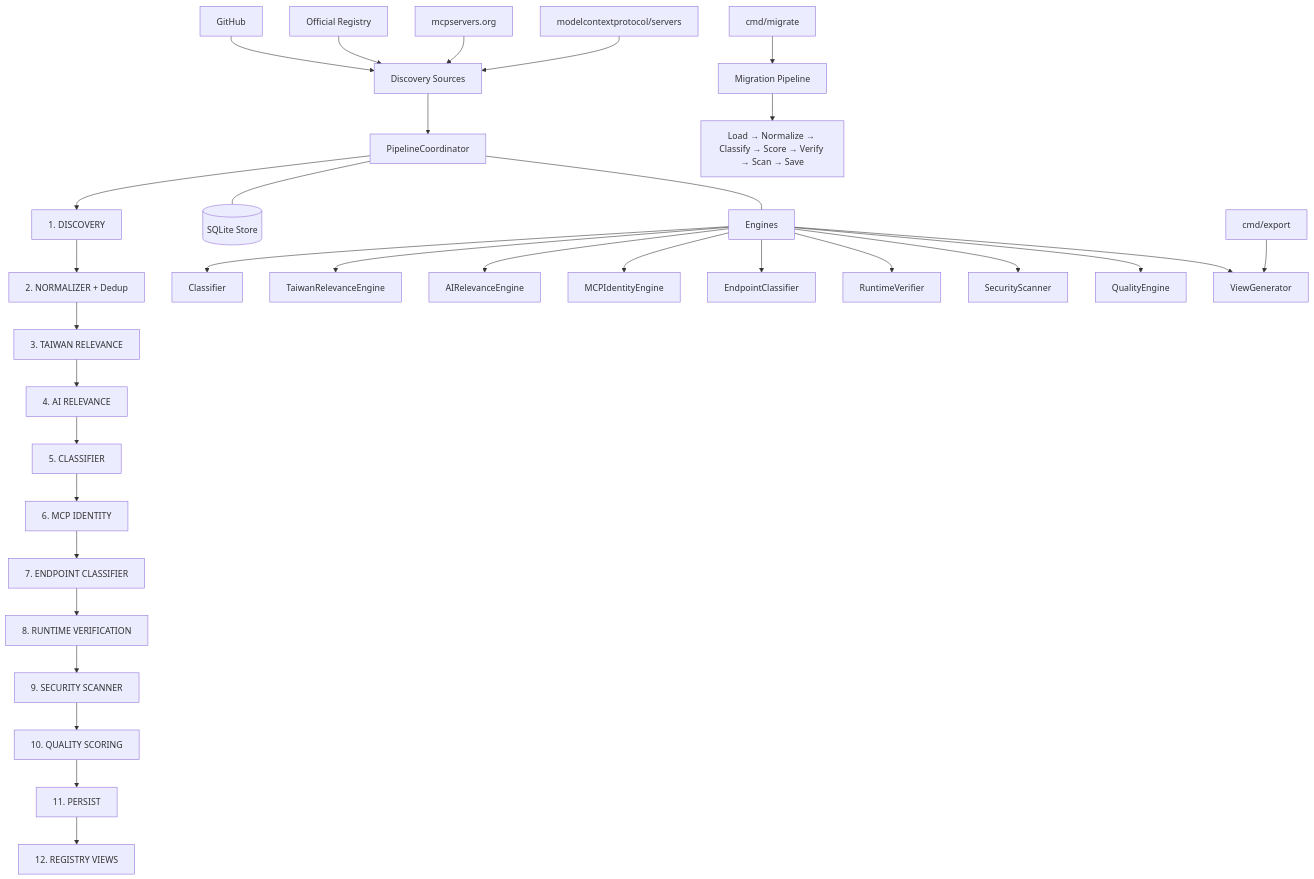
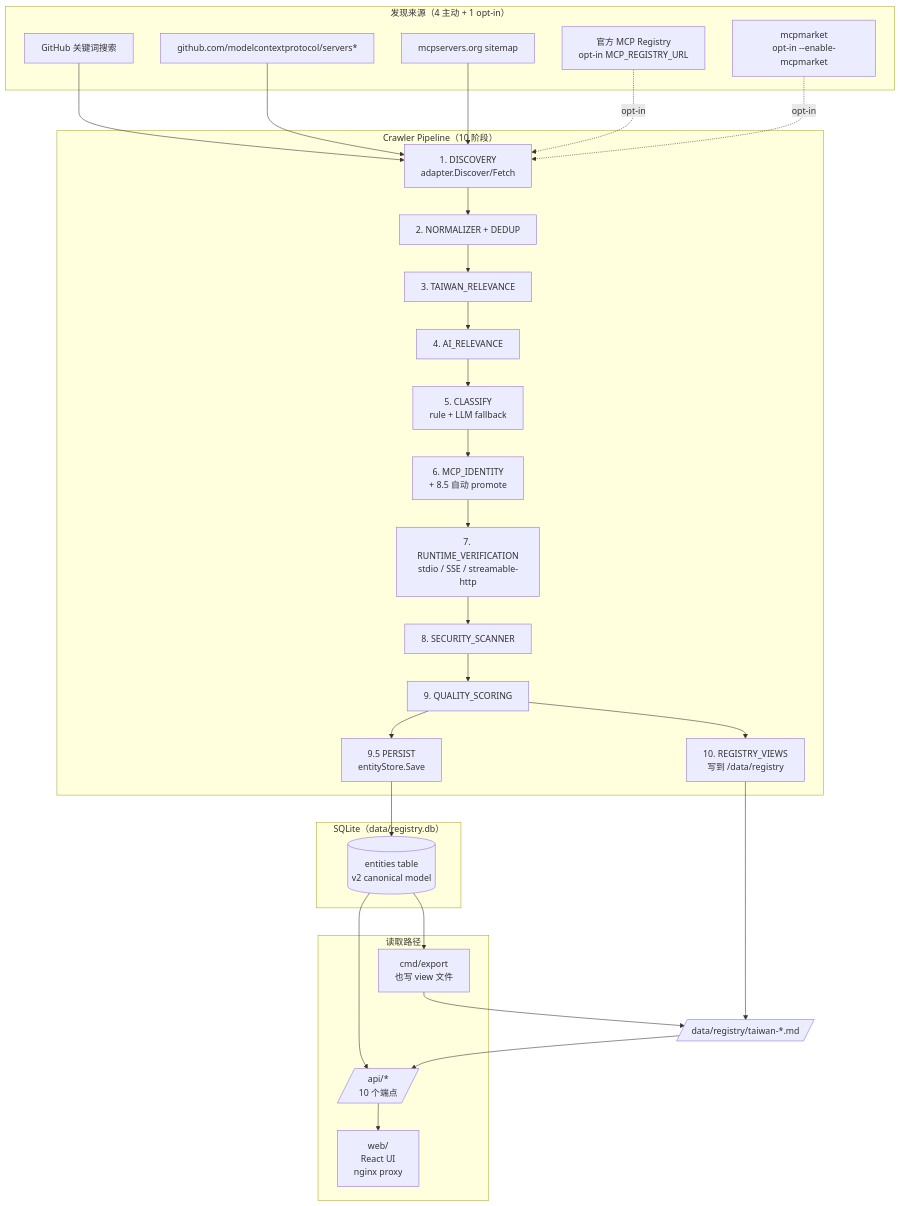
Before and after one commit to gentoobreaking/awesome-taiwan-ai-ecosystem: the diagram in README.zh-CN.md, drawn with Mermaid. The commit also changed other lines of this file and 13 other files, not shown here.

````diff
--- a/README.zh-CN.md
+++ b/README.zh-CN.md
@@ -70,38 +40,51 @@
 ```mermaid
-graph TD
-    A[Discovery Sources] --> B[PipelineCoordinator]
-    B --> C["1. DISCOVERY"]
-    C --> D["2. NORMALIZER + Dedup"]
-    D --> E["3. TAIWAN RELEVANCE"]
-    E --> F["4. AI RELEVANCE"]
-    F --> G["5. CLASSIFIER"]
-    G --> H["6. MCP IDENTITY"]
-    H --> I["7. ENDPOINT CLASSIFIER"]
-    I --> J["8. RUNTIME VERIFICATION"]
-    J --> K["9. SECURITY SCANNER"]
-    K --> L["10. QUALITY SCORING"]
-    L --> M["11. PERSIST"]
-    M --> N["12. REGISTRY VIEWS"]
+flowchart TB
+  subgraph Source["发现来源（4 主动 + 1 opt-in）"]
+    GH[GitHub 关键词搜索]
+    GGR[github.com/modelcontextprotocol/servers*]
+    MCP[mcpservers.org sitemap]
+    REG[官方 MCP Registry<br/>opt-in MCP_REGISTRY_URL]
+    MKT[mcpmarket<br/>opt-in --enable-mcpmarket]
+  end
 
-    A1[GitHub] --> A
-    A2[Official Registry] --> A
-    A3[mcpservers.org] --> A
-    A4[modelcontextprotocol/servers] --> A
+  subgraph Pipeline["Crawler Pipeline（10 阶段）"]
+    P1[1. DISCOVERY<br/>adapter.Discover/Fetch]
+    P2[2. NORMALIZER + DEDUP]
+    P3[3. TAIWAN_RELEVANCE]
+    P4[4. AI_RELEVANCE]
+    P5[5. CLASSIFY<br/>rule + LLM fallback]
+    P6[6. MCP_IDENTITY<br/>+ 8.5 自动 promote]
+    P7[7. RUNTIME_VERIFICATION<br/>stdio / SSE / streamable-http]
+    P8[8. SECURITY_SCANNER]
+    P9[9. QUALITY_SCORING]
+    P10[9.5 PERSIST<br/>entityStore.Save]
+    P11[10. REGISTRY_VIEWS<br/>写到 /data/registry]
+  end
 
-    B --- B1[(SQLite Store)]
-    B --- B2[Engines]
-    B2 --> B3[Classifier]
-    B2 --> B4[TaiwanRelevanceEngine]
-    B2 --> B5[AIRelevanceEngine]
-    B2 --> B6[MCPIdentityEngine]
-    B2 --> B7[EndpointClassifier]
-    B2 --> B8[RuntimeVerifier]
-    B2 --> B9[SecurityScanner]
-    B2 --> B10[QualityEngine]
-    B2 --> Export1[ViewGenerator]
+  subgraph Storage["SQLite（data/registry.db）"]
+    DB[(entities table<br/>v2 canonical model)]
+  end
 
-    P[cmd/migrate] --> Q[Migration Pipeline]
-    Q --> R[Load → Normalize → Classify → Score → Verify → Scan → Save]
+  subgraph Read["读取路径"]
+    EXP[cmd/export<br/>也写 view 文件]
+    API[/api/*<br/>10 个端点/]
+    WEB[web/<br/>React UI<br/>nginx proxy]
+  end
 
-    P2[cmd/export] --> Export1
+  GH --> P1
+  GGR --> P1
+  MCP --> P1
+  REG -.opt-in.-> P1
+  MKT -.opt-in.-> P1
+
+  P1 --> P2 --> P3 --> P4 --> P5 --> P6 --> P7 --> P8 --> P9
+  P9 --> P10
+  P10 --> DB
+  P9 --> P11
+  P11 --> ViewFiles[/data/registry/taiwan-*.md/]
+
+  DB --> API
+  DB --> EXP --> ViewFiles
+  ViewFiles --> API
+  API --> WEB
 ```
````
